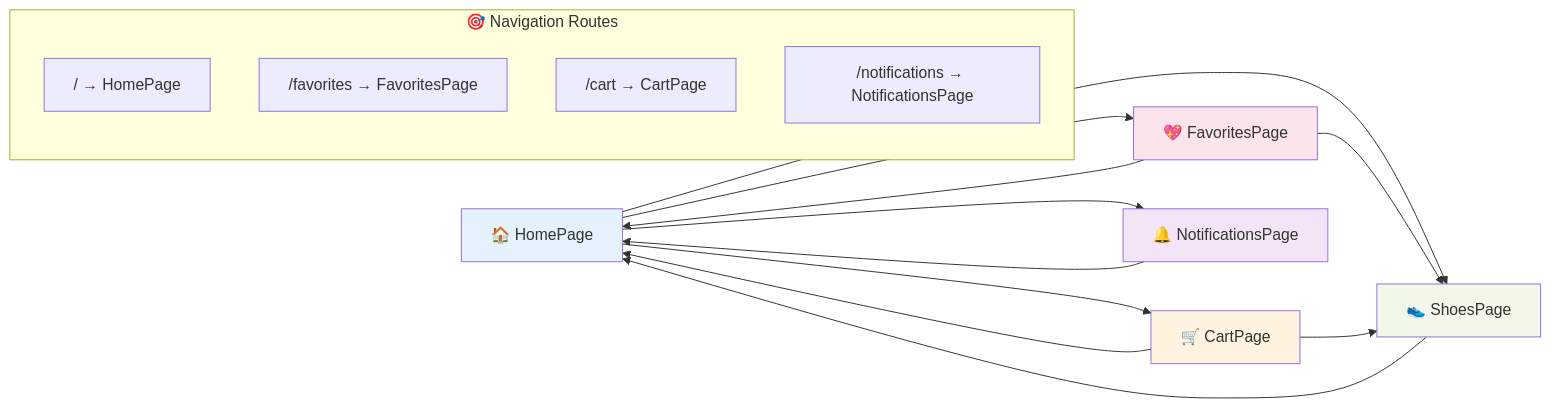
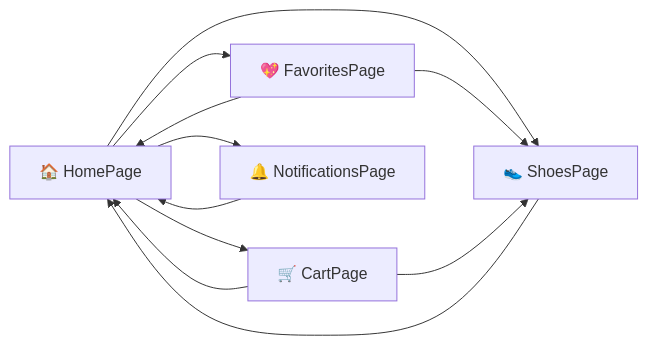
One commit to Sandarsh18/Ecommerce-shoes changed the third of 22 diagrams in README.md. Above: the diagram before and after it, drawn with Mermaid. The commit also changed other lines of this file, not shown here.

````diff
--- a/README.md
+++ b/README.md
@@ -204,27 +193,14 @@
 ```mermaid
 graph LR
     A[🏠 HomePage] --> B[👟 ShoesPage]
     A --> C[💖 FavoritesPage]
     A --> D[🛒 CartPage]
     A --> E[🔔 NotificationsPage]
     
     B --> A
     C --> A
     C --> B
     D --> A
     D --> B
     E --> A
-    
-    subgraph "🎯 Navigation Routes"
-        F["/ → HomePage"]
-        G["/favorites → FavoritesPage"]
-        H["/cart → CartPage"]
-        I["/notifications → NotificationsPage"]
-    end
-    
-    style A fill:#e3f2fd
-    style B fill:#f1f8e9
-    style C fill:#fce4ec
-    style D fill:#fff3e0
-    style E fill:#f3e5f5
 ```
````
